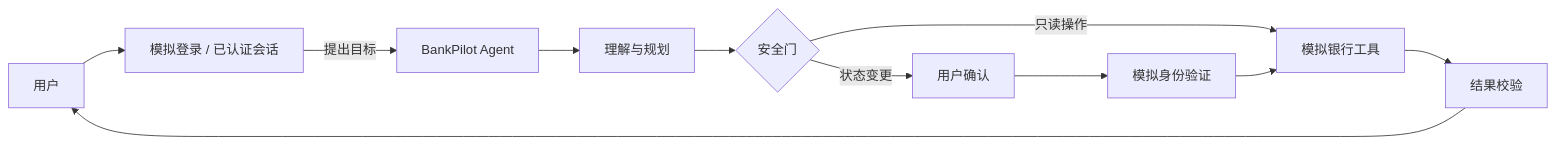
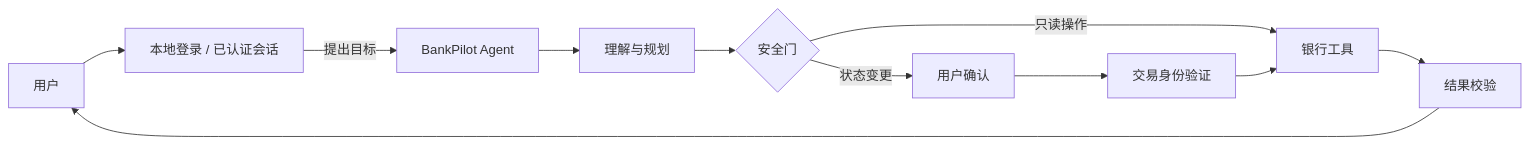
Before and after one commit to Masterora/bankpilot-agent: the first of 3 diagrams in README.md, drawn with Mermaid. The commit also changed other lines of this file and 84 other files, not shown here.

````diff
--- a/README.md
+++ b/README.md
@@ -9,13 +9,13 @@
 ```mermaid
 flowchart LR
-    U[用户] --> S[模拟登录 / 已认证会话]
+    U[用户] --> S[本地登录 / 已认证会话]
     S -->|提出目标| A[BankPilot Agent]
     A --> P[理解与规划]
     P --> G{安全门}
-    G -->|只读操作| T[模拟银行工具]
+    G -->|只读操作| T[银行工具]
     G -->|状态变更| C[用户确认]
-    C --> V[模拟身份验证]
+    C --> V[交易身份验证]
     V --> T
     T --> R[结果校验]
     R --> U
 ```
````
